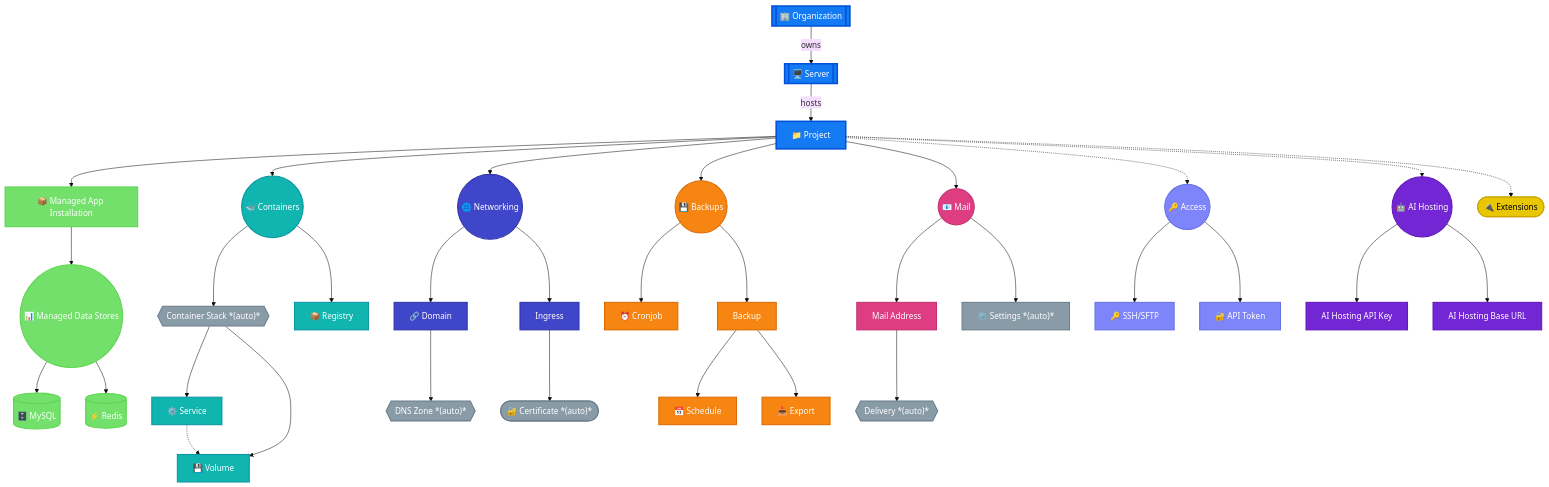
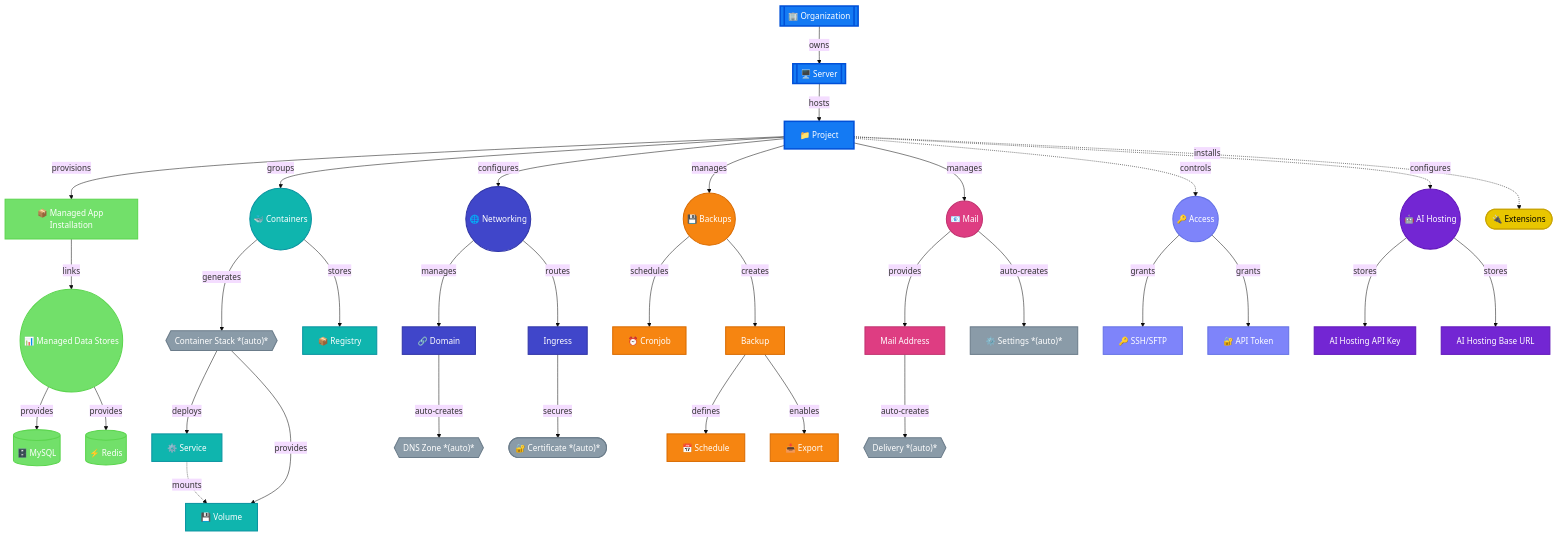
One commit to mittwald/developer-portal changed the diagram in docs/platform/overview.mdx. Above: the diagram before and after it, drawn with Mermaid (base theme). The commit also changed other lines of this file and 2 other files, not shown here.

Commit message:
remove unused id, add verbs to relations

```diff
--- a/docs/platform/overview.mdx
+++ b/docs/platform/overview.mdx
@@ -71,44 +70,44 @@
     ORG -->|owns| SERVER
     SERVER -->|hosts| PROJECT
 
-    PROJECT --> APP
-    PROJECT --> CONTAINERS
-    PROJECT --> NETWORKING
-    PROJECT --> BACKUPS
-    PROJECT --> MAIL
-    PROJECT -.-> ACCESS
-    PROJECT -.-> AIHOST
-    PROJECT -.-> EXTENSIONS
+    PROJECT -->|provisions| APP
+    PROJECT -->|groups| CONTAINERS
+    PROJECT -->|configures| NETWORKING
+    PROJECT -->|manages| BACKUPS
+    PROJECT -->|manages| MAIL
+    PROJECT -.->|controls| ACCESS
+    PROJECT -.->|configures| AIHOST
+    PROJECT -.->|installs| EXTENSIONS
 
-    APP --> DATASTORES
-    DATASTORES --> MYSQL
-    DATASTORES --> REDIS
+    APP -->|links| DATASTORES
+    DATASTORES -->|provides| MYSQL
+    DATASTORES -->|provides| REDIS
 
-    CONTAINERS --> STACK
-    CONTAINERS --> REGISTRY
-    STACK --> SERVICE
-    STACK --> VOLUME
-    SERVICE -.-> VOLUME
+    CONTAINERS -->|generates| STACK
+    CONTAINERS -->|stores| REGISTRY
+    STACK -->|deploys| SERVICE
+    STACK -->|provides| VOLUME
+    SERVICE -.->|mounts| VOLUME
 
-    NETWORKING --> DOMAIN
-    NETWORKING --> INGRESS
-    DOMAIN --> DNSZONE
-    INGRESS --> CERT
+    NETWORKING -->|manages| DOMAIN
+    NETWORKING -->|routes| INGRESS
+    DOMAIN -->|auto-creates| DNSZONE
+    INGRESS -->|secures| CERT
 
-    BACKUPS --> CRONJOB
-    BACKUPS --> BACKUP
-    BACKUP --> BACKUPSCHED
-    BACKUP --> BACKUPEXPORT
+    BACKUPS -->|schedules| CRONJOB
+    BACKUPS -->|creates| BACKUP
+    BACKUP -->|defines| BACKUPSCHED
+    BACKUP -->|enables| BACKUPEXPORT
 
-    MAIL --> MAILADDR
-    MAILADDR --> DELIVERYBOX
-    MAIL --> MAILSETTINGS
+    MAIL -->|provides| MAILADDR
+    MAILADDR -->|auto-creates| DELIVERYBOX
+    MAIL -->|auto-creates| MAILSETTINGS
 
-    ACCESS --> SSHSFTP
-    ACCESS --> APITOKEN
+    ACCESS -->|grants| SSHSFTP
+    ACCESS -->|grants| APITOKEN
 
-    AIHOST --> AIHOSTKEY
-    AIHOST --> AIHOST_URL
+    AIHOST -->|stores| AIHOSTKEY
+    AIHOST -->|stores| AIHOST_URL
 
     classDef brandOrg fill:#147af3,stroke:#0050d8,color:#fff,stroke-width:3px
     classDef managed fill:#72e06a,stroke:#5cd54f,color:#fff,stroke-width:2px
```
